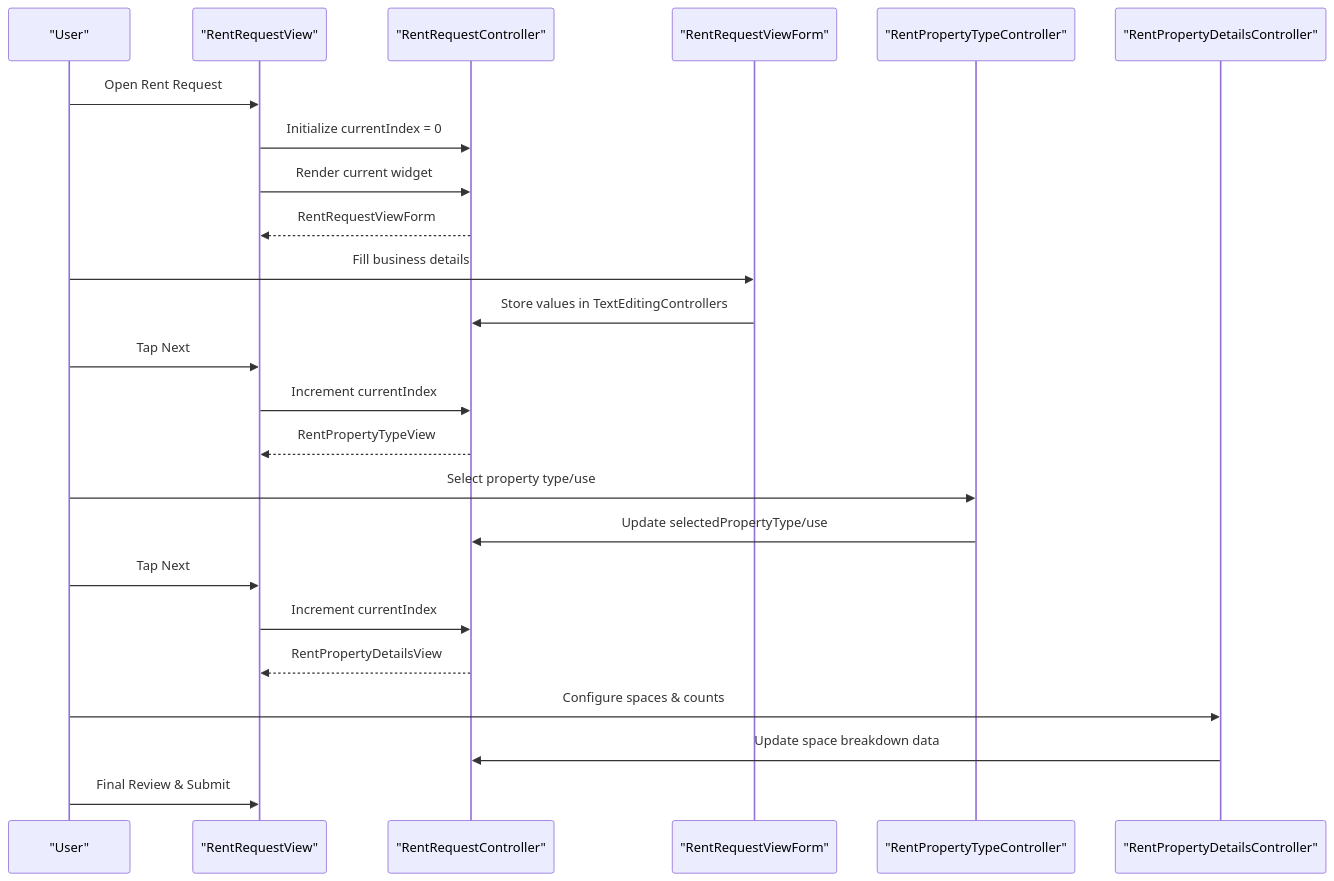
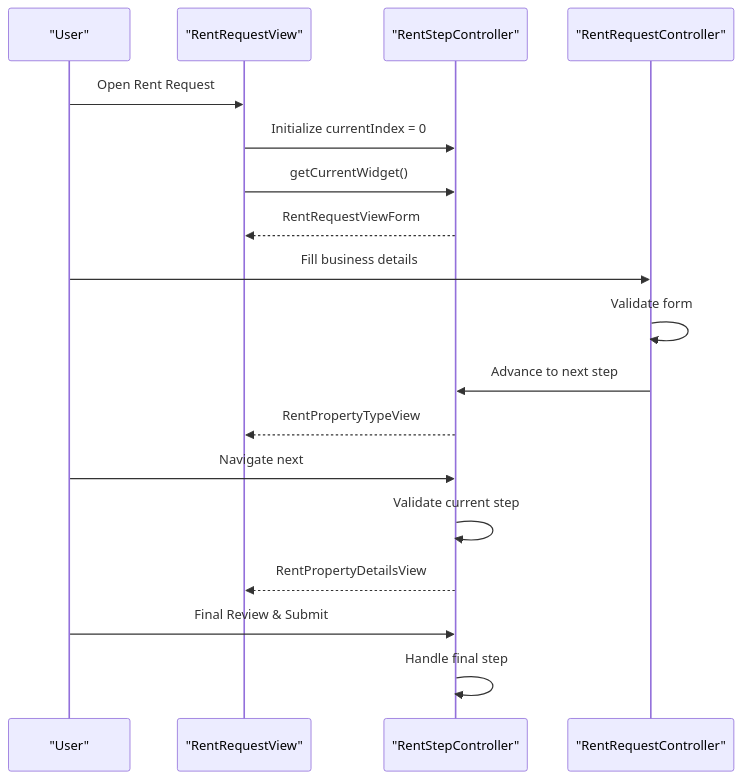
Before and after one commit to Ariful3111/FurniGo: the second of 6 diagrams in .qoder/repowiki/en/content/Core Features/Business Services/Rent Furniture System.md, drawn with Mermaid. The commit also changed other lines of this file and 9 other files, not shown here.

````diff
--- a/.qoder/repowiki/en/content/Core Features/Business Services/Rent Furniture System.md
+++ b/.qoder/repowiki/en/content/Core Features/Business Services/Rent Furniture System.md
@@ -118,26 +122,20 @@
 ```mermaid
 sequenceDiagram
 participant User as "User"
 participant View as "RentRequestView"
-participant MainController as "RentRequestController"
-participant FormController as "RentRequestViewForm"
-participant TypeController as "RentPropertyTypeController"
-participant DetailsController as "RentPropertyDetailsController"
+participant StepController as "RentStepController"
+participant RequestController as "RentRequestController"
 User->>View : Open Rent Request
-View->>MainController : Initialize currentIndex = 0
-View->>MainController : Render current widget
-MainController-->>View : RentRequestViewForm
-User->>FormController : Fill business details
-FormController->>MainController : Store values in TextEditingControllers
-User->>View : Tap Next
-View->>MainController : Increment currentIndex
-MainController-->>View : RentPropertyTypeView
-User->>TypeController : Select property type/use
-TypeController->>MainController : Update selectedPropertyType/use
-User->>View : Tap Next
-View->>MainController : Increment currentIndex
-MainController-->>View : RentPropertyDetailsView
-User->>DetailsController : Configure spaces & counts
-DetailsController->>MainController : Update space breakdown data
-User->>View : Final Review & Submit
+View->>StepController : Initialize currentIndex = 0
+View->>StepController : getCurrentWidget()
+StepController-->>View : RentRequestViewForm
+User->>RequestController : Fill business details
+RequestController->>RequestController : Validate form
+RequestController->>StepController : Advance to next step
+StepController-->>View : RentPropertyTypeView
+User->>StepController : Navigate next
+StepController->>StepController : Validate current step
+StepController-->>View : RentPropertyDetailsView
+User->>StepController : Final Review & Submit
+StepController->>StepController : Handle final step
 ```
````
